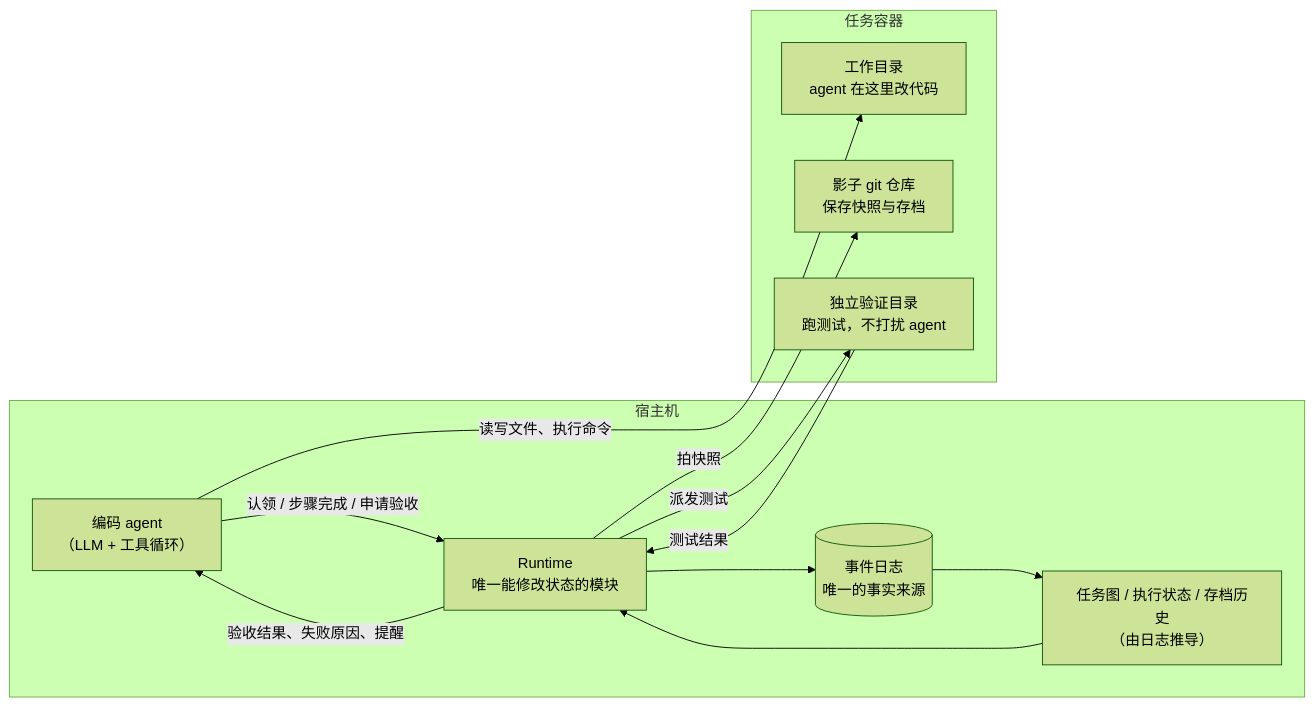
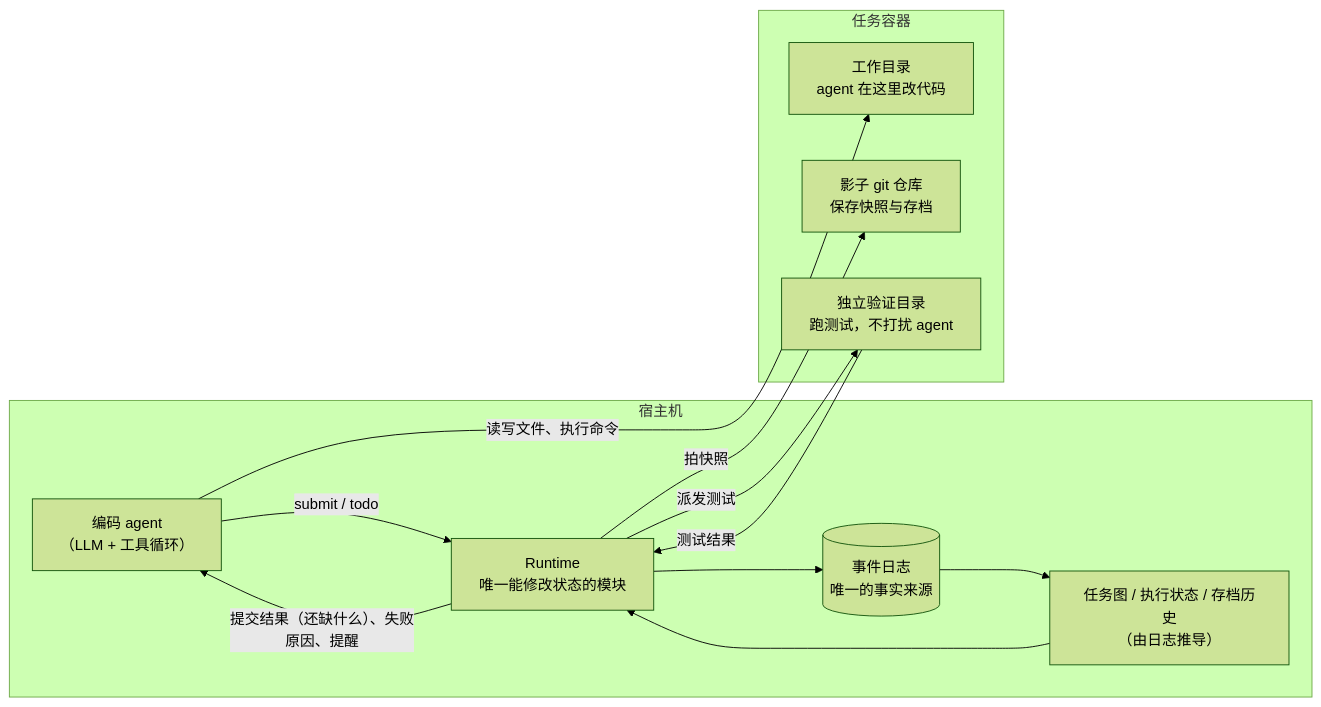
One commit to jyh21377063/belay changed the first of 4 diagrams in README.md. Above: the diagram before and after it, drawn with Mermaid (forest theme). The commit also changed other lines of this file and 43 other files, not shown here.

````diff
--- a/README.md
+++ b/README.md
@@ -29,21 +32,21 @@
 ```mermaid
 flowchart LR
   subgraph Host["宿主机"]
     A["编码 agent<br/>（LLM + 工具循环）"]
     R["Runtime<br/>唯一能修改状态的模块"]
     L[("事件日志<br/>唯一的事实来源")]
     G["任务图 / 执行状态 / 存档历史<br/>（由日志推导）"]
   end
   subgraph Box["任务容器"]
     WS["工作目录<br/>agent 在这里改代码"]
     GIT["影子 git 仓库<br/>保存快照与存档"]
     VD["独立验证目录<br/>跑测试，不打扰 agent"]
   end
   A -- "读写文件、执行命令" --> WS
-  A -- "认领 / 步骤完成 / 申请验收" --> R
-  R -- "验收结果、失败原因、提醒" --> A
+  A -- "submit / todo" --> R
+  R -- "提交结果（还缺什么）、失败原因、提醒" --> A
   R --> L --> G --> R
   R -- "拍快照" --> GIT
   R -- "派发测试" --> VD
   VD -- "测试结果" --> R
 ```
````
